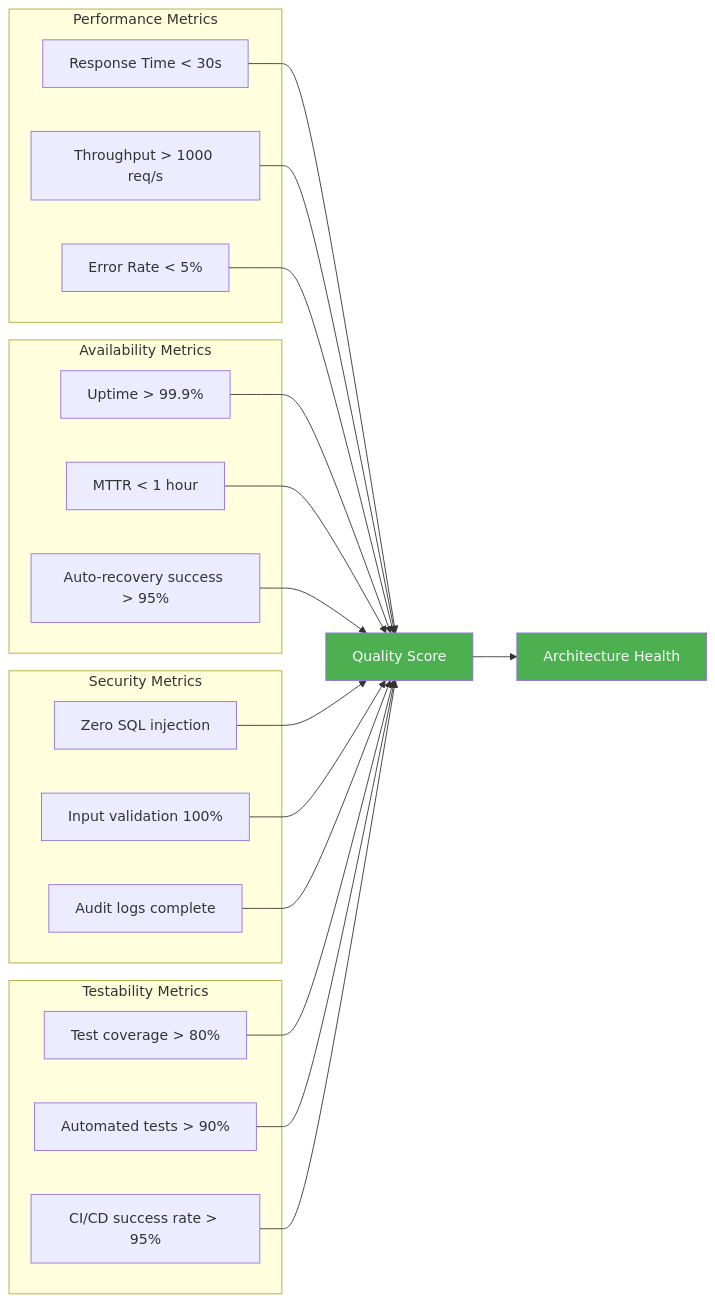
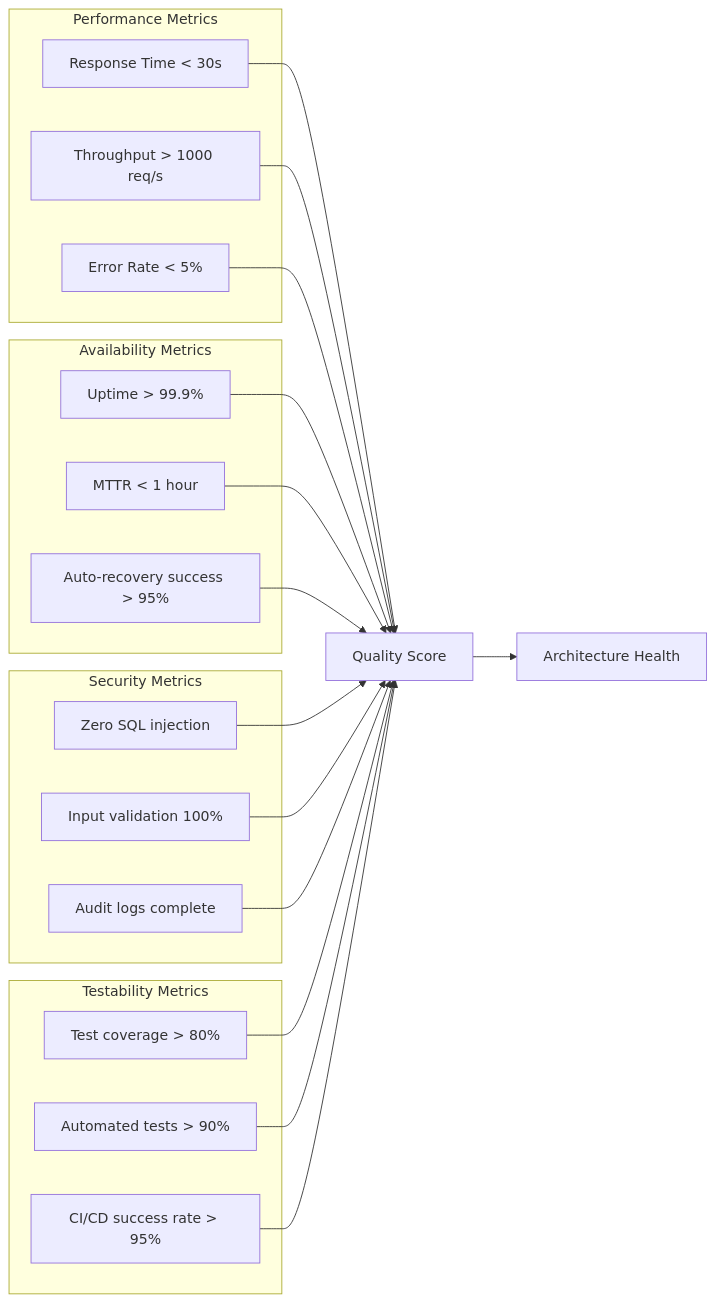
Before and after one commit to brandondelpozo/synthetic-data-ai: diagram 21 of 21 in documentation/architecture.md, drawn with Mermaid. The commit also changed other lines of this file, not shown here.

Commit message:
feat: enhance architecture documentation with flowcharts for data generation process and observability integration

````diff
--- a/documentation/architecture.md
+++ b/documentation/architecture.md
@@ -1250,48 +1026,41 @@
 ```mermaid
 flowchart LR
     subgraph "Performance Metrics"
         P1[Response Time < 30s]
         P2[Throughput > 1000 req/s]
         P3[Error Rate < 5%]
     end
     
     subgraph "Availability Metrics"
         A1[Uptime > 99.9%]
         A2[MTTR < 1 hour]
         A3[Auto-recovery success > 95%]
     end
     
     subgraph "Security Metrics"
         S1[Zero SQL injection]
         S2[Input validation 100%]
         S3[Audit logs complete]
     end
     
     subgraph "Testability Metrics"
         T1[Test coverage > 80%]
         T2[Automated tests > 90%]
         T3[CI/CD success rate > 95%]
     end
-    
+
     P1 --> M[Quality Score]
     P2 --> M
     P3 --> M
     A1 --> M
     A2 --> M
     A3 --> M
     S1 --> M
     S2 --> M
     S3 --> M
     T1 --> M
     T2 --> M
     T3 --> M
-    
+
     M --> R[Architecture Health]
-    
-    classDef excellent fill:#4CAF50,color:#fff
-    classDef good fill:#FFC107,color:#000
-    classDef needs_improvement fill:#FF5722,color:#fff
-    
-    class M excellent
-    class R excellent
 ```
````
